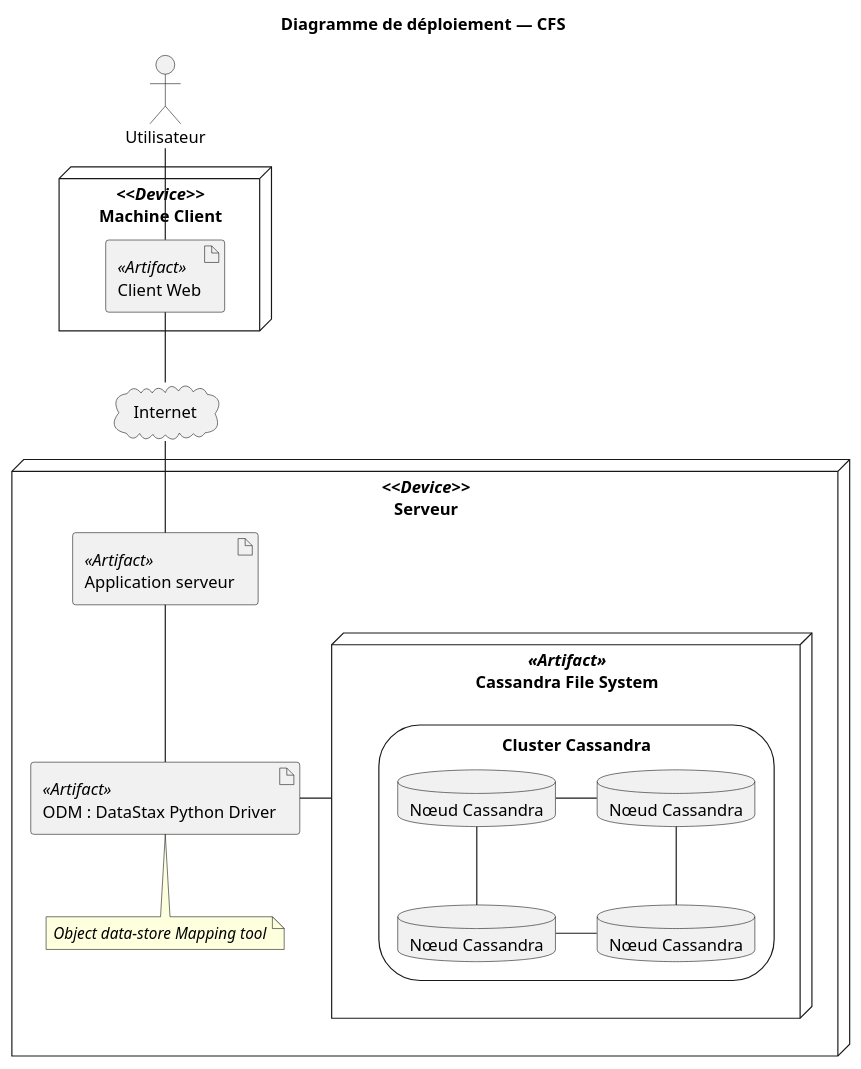
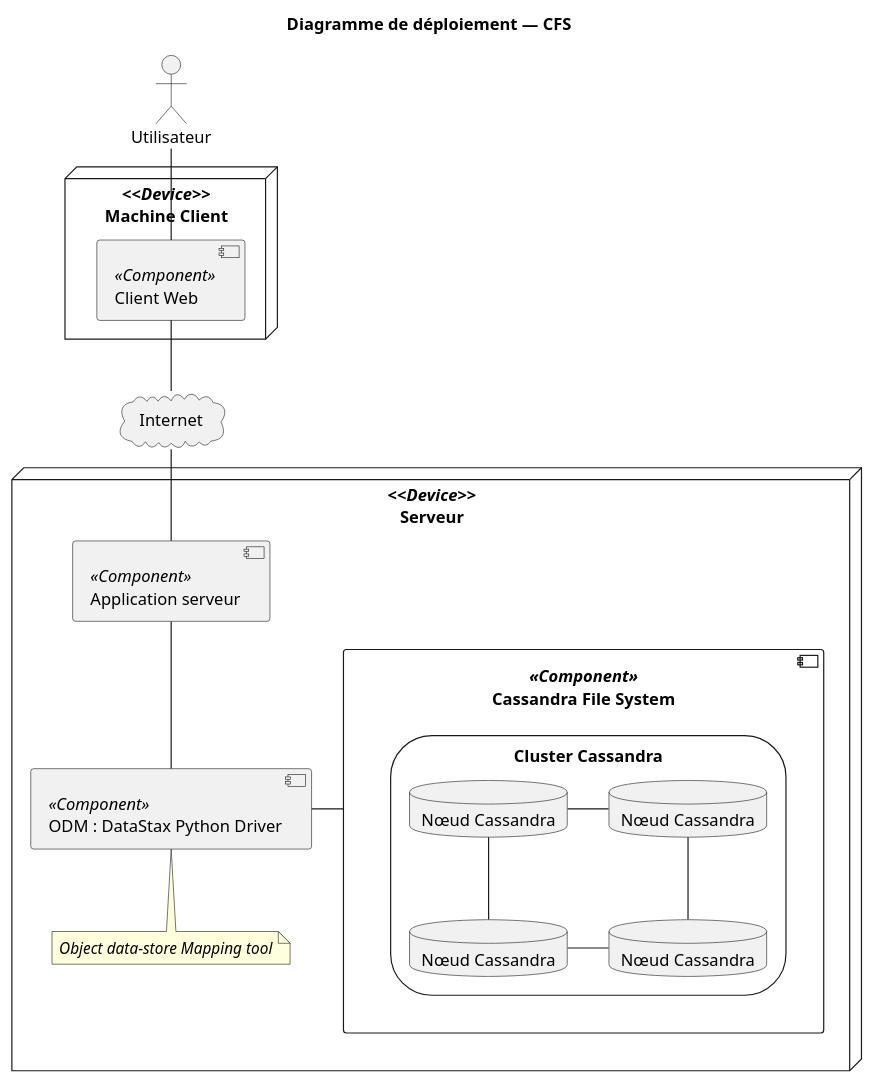
The diagram in conception/src/deployment_diagram.puml (gdarchen/BigData-CFS), drawn with PlantUML before and after one commit.

```diff
--- a/conception/src/deployment_diagram.puml
+++ b/conception/src/deployment_diagram.puml
@@ -1,37 +1,37 @@
 @startuml
 title Diagramme de déploiement — CFS
 actor Utilisateur as User
 
 
 node "<<<i>Device</i>>>\nMachine Client" as Client {
-    artifact "<i><<Artifact>></i>\nClient Web" as progClient
+    component "<i><<Component>></i>\nClient Web" as progClient
 }
 
 cloud Internet
 
 node "<<<i>Device</i>>>\nServeur" as Serveur {
-    artifact "<i><<Artifact>></i>\nApplication serveur" as progServeur
-    artifact "<i><<Artifact>></i>\nODM : DataStax Python Driver" as ORM
+    component "<i><<Component>></i>\nApplication serveur" as progServeur
+    component "<i><<Component>></i>\nODM : DataStax Python Driver" as ORM
     note bottom of ORM : <i>Object data-store Mapping tool</i>
 
-    node "<i><<Artifact>></i>\n<b>Cassandra File System</b>" as CFS {
+    component "<i><<Component>></i>\n<b>Cassandra File System</b>" as CFS {
         storage "Cluster Cassandra" as cluster {
             database "Nœud Cassandra" as noeud1
             database "Nœud Cassandra" as noeud2
             database "Nœud Cassandra" as noeud3
             database "Nœud Cassandra" as noeud4
         }
     }
 }
 
 User -- progClient
 progClient -- Internet
 Internet -- progServeur
 progServeur -- ORM
 ORM -right- CFS
 
 noeud1 -down- noeud2
 noeud2 -right- noeud3
 noeud3 -up- noeud4
 noeud4 -left- noeud1
 @enduml
```
